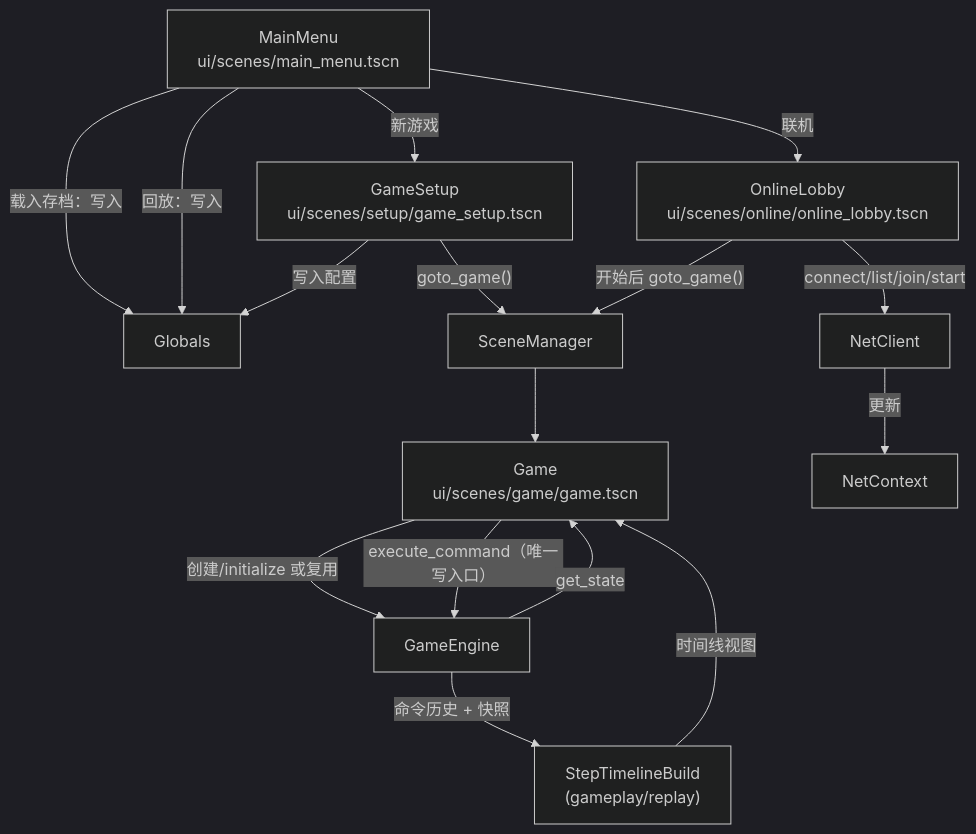
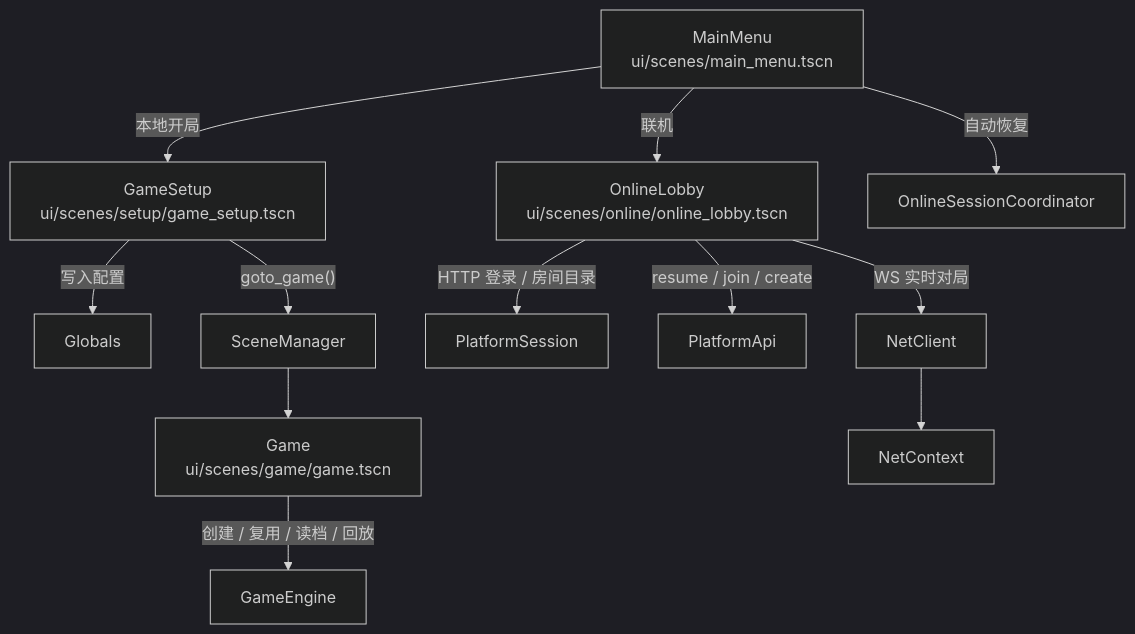
Before and after one commit to ygowill/food_chain_magnate: the diagram in docs/architecture/20-ui.md, drawn with Mermaid (dark theme). The commit also changed other lines of this file and 82 other files, not shown here.

Commit message:
docs: reorganize documentation structure and refresh architecture docs

````diff
--- a/docs/architecture/20-ui.md
+++ b/docs/architecture/20-ui.md
@@ -11,33 +12,28 @@
 ```mermaid
 flowchart TB
   MainMenu["MainMenu\nui/scenes/main_menu.tscn"]
-  GameSetup["GameSetup\nui/scenes/setup/game_setup.tscn"]
-  OnlineLobby["OnlineLobby\nui/scenes/online/online_lobby.tscn"]
-  GameScene["Game\nui/scenes/game/game.tscn"]
+  Setup["GameSetup\nui/scenes/setup/game_setup.tscn"]
+  Lobby["OnlineLobby\nui/scenes/online/online_lobby.tscn"]
+  Game["Game\nui/scenes/game/game.tscn"]
 
   Globals["Globals"]
   SceneManager["SceneManager"]
+  PlatformSession["PlatformSession"]
+  PlatformApi["PlatformApi"]
   NetClient["NetClient"]
   NetContext["NetContext"]
+  Resume["OnlineSessionCoordinator"]
+  Engine["GameEngine"]
 
-  Engine["GameEngine"]
-  Timeline["StepTimelineBuild\n(gameplay/replay)"]
-
-  MainMenu -->|"新游戏"| GameSetup
-  MainMenu -->|"联机"| OnlineLobby
-  MainMenu -->|"载入存档：写入"| Globals
-  MainMenu -->|"回放：写入"| Globals
-  GameSetup -->|"写入配置"| Globals
-  GameSetup -->|"goto_game()"| SceneManager
-  OnlineLobby -->|"connect/list/join/start"| NetClient
-  NetClient -->|"更新"| NetContext
-  OnlineLobby -->|"开始后 goto_game()"| SceneManager
-  SceneManager --> GameScene
-
-  GameScene -->|"创建/initialize 或复用"| Engine
-  GameScene -->|"execute_command（唯一写入口）"| Engine
-  Engine -->|"get_state"| GameScene
-
-  Engine -->|"命令历史 + 快照"| Timeline
-  Timeline -->|"时间线视图"| GameScene
+  MainMenu -->|"本地开局"| Setup
+  MainMenu -->|"联机"| Lobby
+  MainMenu -->|"自动恢复"| Resume
+  Setup -->|"写入配置"| Globals
+  Setup -->|"goto_game()"| SceneManager
+  Lobby -->|"HTTP 登录 / 房间目录"| PlatformSession
+  Lobby -->|"resume / join / create"| PlatformApi
+  Lobby -->|"WS 实时对局"| NetClient
+  NetClient --> NetContext
+  SceneManager --> Game
+  Game -->|"创建 / 复用 / 读档 / 回放"| Engine
 ```
````
